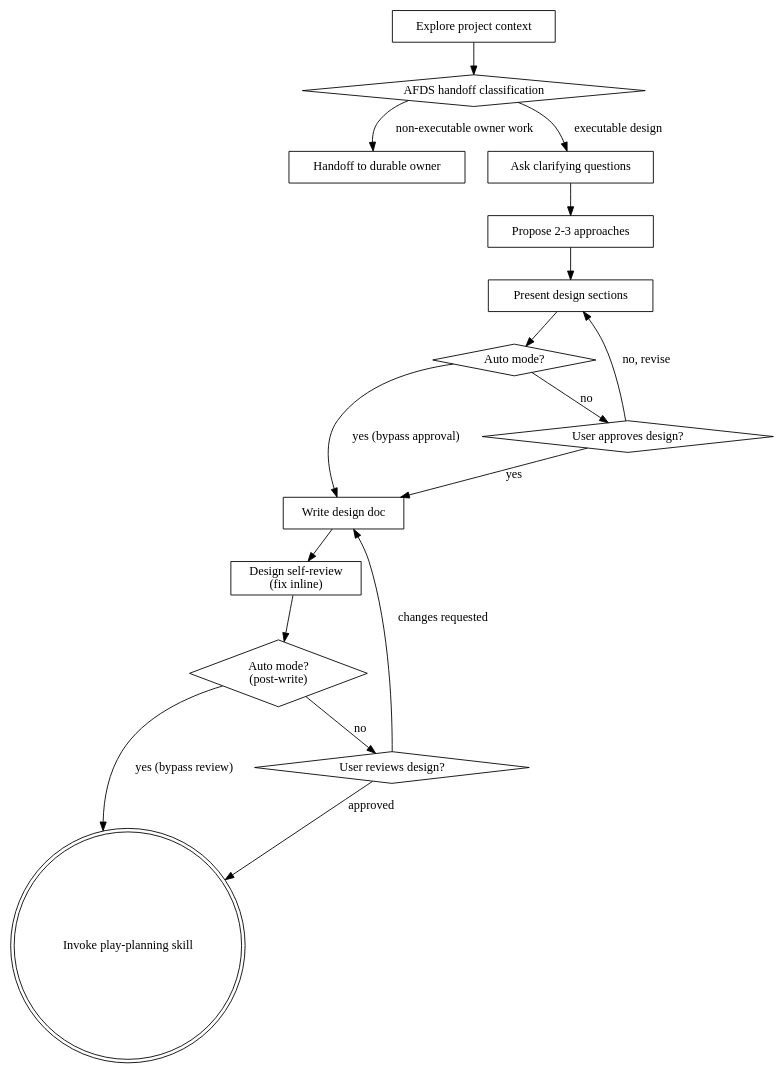
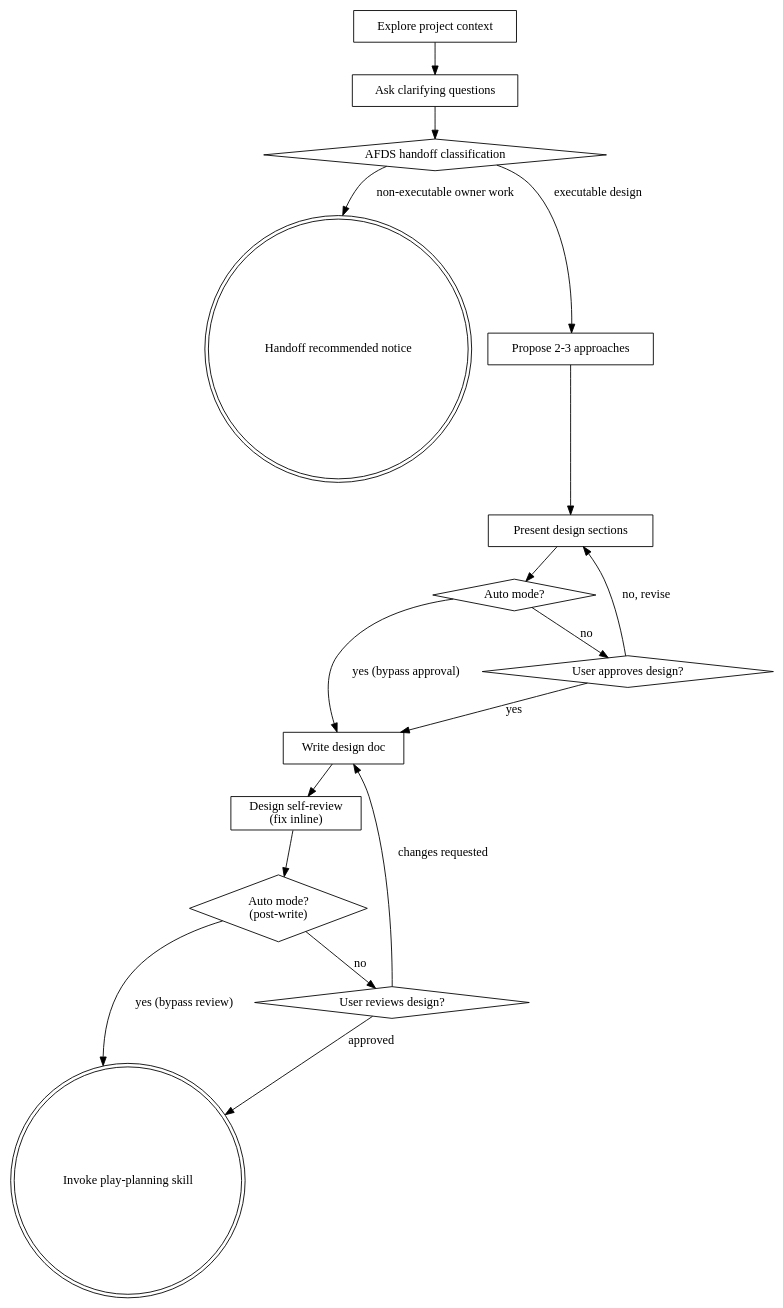
The diagram in skills/play-brainstorm/SKILL.md (ryumiel/devcanon), drawn with Graphviz before and after one commit. The commit also changed other lines of this file and 1 other file, not shown here.

First line of the commit message:
docs(skills): address AFDS handoff review feedback

````diff
--- a/skills/play-brainstorm/SKILL.md
+++ b/skills/play-brainstorm/SKILL.md
@@ -131,34 +133,34 @@
 ```dot
 digraph brainstorming {
     "Explore project context" [shape=box];
     "AFDS handoff classification" [shape=diamond];
-    "Handoff to durable owner" [shape=box];
+    "Handoff recommended notice" [shape=doublecircle];
     "Ask clarifying questions" [shape=box];
     "Propose 2-3 approaches" [shape=box];
     "Present design sections" [shape=box];
     "Auto mode?" [shape=diamond];
     "User approves design?" [shape=diamond];
     "Write design doc" [shape=box];
     "Design self-review\n(fix inline)" [shape=box];
     "Auto mode?\n(post-write)" [shape=diamond];
     "User reviews design?" [shape=diamond];
     "Invoke play-planning skill" [shape=doublecircle];
 
-    "Explore project context" -> "AFDS handoff classification";
-    "AFDS handoff classification" -> "Handoff to durable owner" [label="non-executable owner work"];
-    "AFDS handoff classification" -> "Ask clarifying questions" [label="executable design"];
-    "Ask clarifying questions" -> "Propose 2-3 approaches";
+    "Explore project context" -> "Ask clarifying questions";
+    "Ask clarifying questions" -> "AFDS handoff classification";
+    "AFDS handoff classification" -> "Handoff recommended notice" [label="non-executable owner work"];
+    "AFDS handoff classification" -> "Propose 2-3 approaches" [label="executable design"];
     "Propose 2-3 approaches" -> "Present design sections";
     "Present design sections" -> "Auto mode?";
     "Auto mode?" -> "Write design doc" [label="yes (bypass approval)"];
     "Auto mode?" -> "User approves design?" [label="no"];
     "User approves design?" -> "Present design sections" [label="no, revise"];
     "User approves design?" -> "Write design doc" [label="yes"];
     "Write design doc" -> "Design self-review\n(fix inline)";
     "Design self-review\n(fix inline)" -> "Auto mode?\n(post-write)";
     "Auto mode?\n(post-write)" -> "Invoke play-planning skill" [label="yes (bypass review)"];
     "Auto mode?\n(post-write)" -> "User reviews design?" [label="no"];
     "User reviews design?" -> "Write design doc" [label="changes requested"];
     "User reviews design?" -> "Invoke play-planning skill" [label="approved"];
 }
 ```
````
